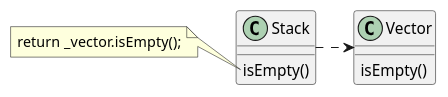
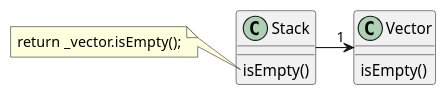
The second of 2 diagrams in src/main/java/refactoring/chapter11/section11/Replace Inheritance with Delegation .md (wuxiongbo/design_patterns), drawn with PlantUML before and after one commit. The commit also changed 2 other files, not shown here.

Commit message:
格式调整

````diff
--- a/src/main/java/refactoring/chapter11/section11/Replace Inheritance with Delegation .md
+++ b/src/main/java/refactoring/chapter11/section11/Replace Inheritance with Delegation .md
@@ -17,15 +17,15 @@
 ```plantuml
 class Vector{
 isEmpty()
 }
 
 class Stack {
 isEmpty()
 }
 
-Stack .right.> Vector
+Stack -right->"1" Vector
 
 note left of Stack::isEmpty
   return _vector.isEmpty();
 end note
 ```
````
